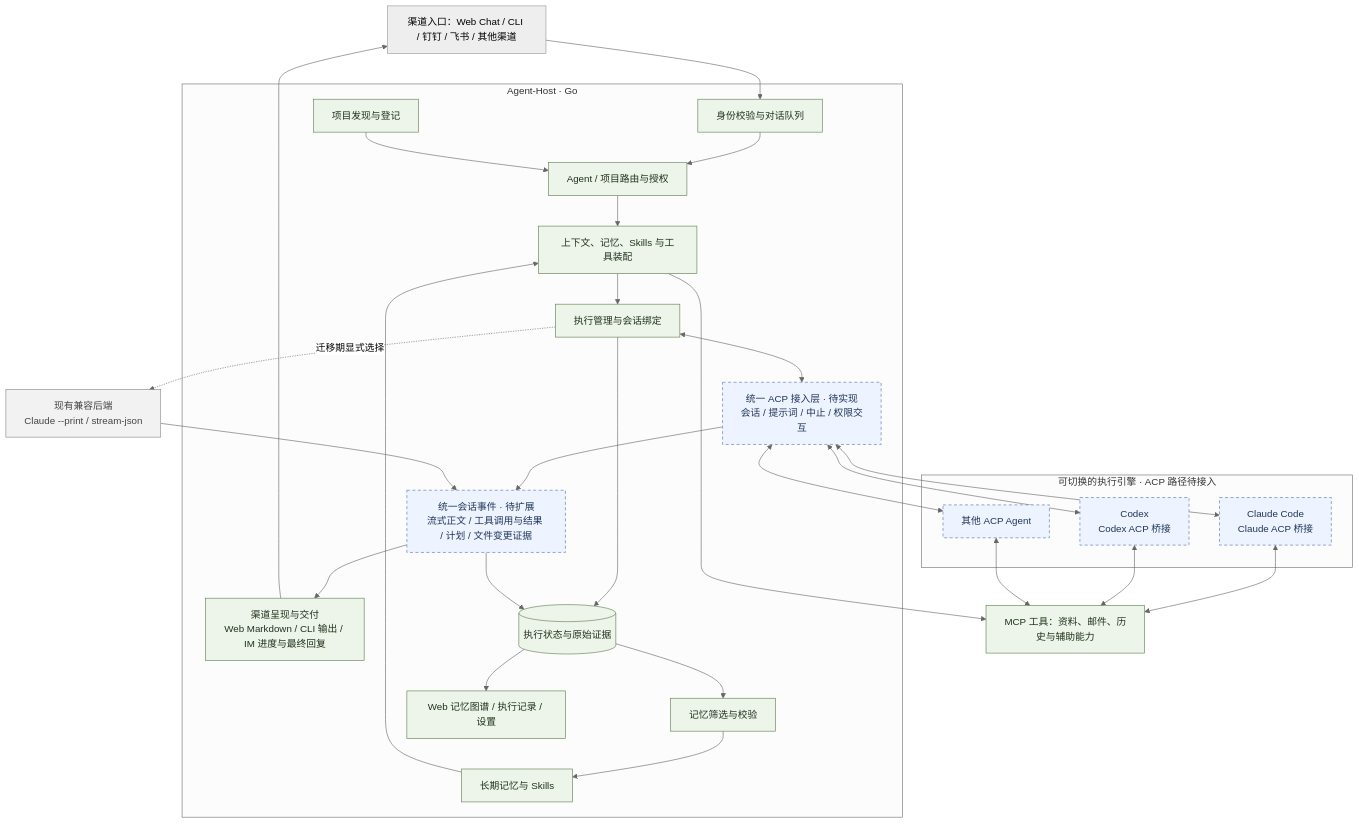
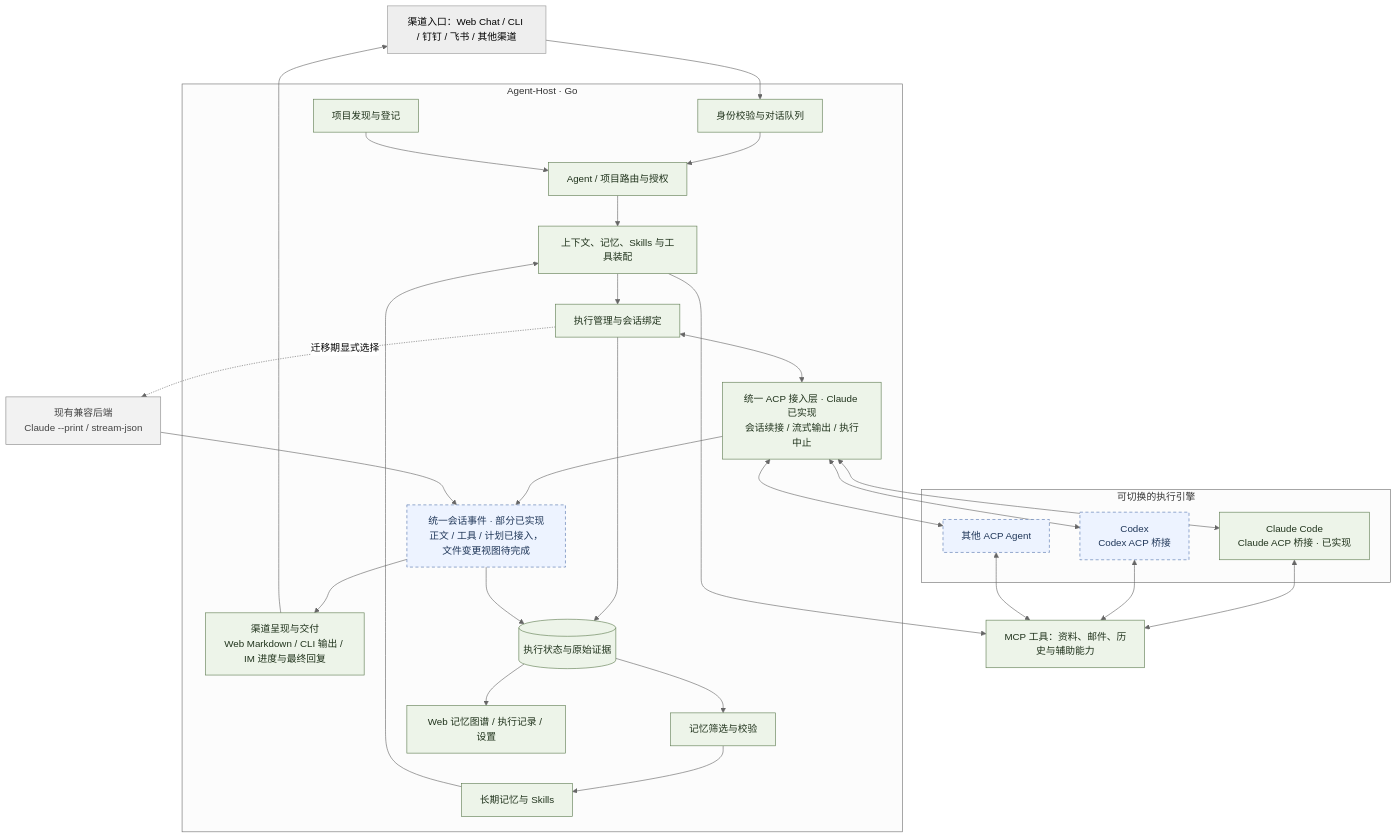
The diagram in docs/architecture.md (zhoushoujianwork/Agent-Host), drawn with Mermaid (neutral theme) before and after one commit. The commit also changed other lines of this file and 40 other files, not shown here.

Commit message:
feat: add shared Claude ACP execution across chat channels

````diff
--- a/docs/architecture.md
+++ b/docs/architecture.md
@@ -29,42 +29,42 @@
 ```mermaid
 flowchart TD
     U["渠道入口：Web Chat / CLI / 钉钉 / 飞书 / 其他渠道"]
     subgraph Host["Agent-Host · Go"]
         C["身份校验与对话队列"]
         C --> R["Agent / 项目路由与授权"]
         P["项目发现与登记"] --> R
         R --> A["上下文、记忆、Skills 与工具装配"]
         A --> H["执行管理与会话绑定"]
-        H <--> ACP["统一 ACP 接入层 · 待实现<br/>会话 / 提示词 / 中止 / 权限交互"]
-        ACP --> EV["统一会话事件 · 待扩展<br/>流式正文 / 工具调用与结果 / 计划 / 文件变更证据"]
+        H <--> ACP["统一 ACP 接入层 · Claude 已实现<br/>会话续接 / 流式输出 / 执行中止"]
+        ACP --> EV["统一会话事件 · 部分已实现<br/>正文 / 工具 / 计划已接入，文件变更视图待完成"]
         EV --> D["渠道呈现与交付<br/>Web Markdown / CLI 输出 / IM 进度与最终回复"]
         H --> E[("执行状态与原始证据")]
         EV --> E
         E --> M["记忆筛选与校验"]
         M --> K["长期记忆与 Skills"]
         K --> A
         E --> V["Web 记忆图谱 / 执行记录 / 设置"]
     end
     U --> C
-    subgraph Engines["可切换的执行引擎 · ACP 路径待接入"]
-        CL["Claude Code<br/>Claude ACP 桥接"]
+    subgraph Engines["可切换的执行引擎"]
+        CL["Claude Code<br/>Claude ACP 桥接 · 已实现"]
         CX["Codex<br/>Codex ACP 桥接"]
         OT["其他 ACP Agent"]
     end
     ACP <--> CL
     ACP <--> CX
     ACP <--> OT
     H -. "迁移期显式选择" .-> L["现有兼容后端<br/>Claude --print / stream-json"]
     L --> EV
     A --> T["MCP 工具：资料、邮件、历史与辅助能力"]
     CL <--> T
     CX <--> T
     OT <--> T
     D --> U
     classDef existing fill:#edf4e9,stroke:#607d52,color:#20331c;
     classDef planned fill:#edf3ff,stroke:#5476ae,color:#203759,stroke-dasharray:5 4;
     classDef legacy fill:#f2f2f2,stroke:#888,color:#444;
-    class C,R,P,A,H,D,E,M,K,V,T existing;
-    class ACP,EV,CL,CX,OT planned;
+    class C,R,P,A,H,D,E,M,K,V,T,ACP,CL existing;
+    class EV,CX,OT planned;
     class L legacy;
 ```
````
